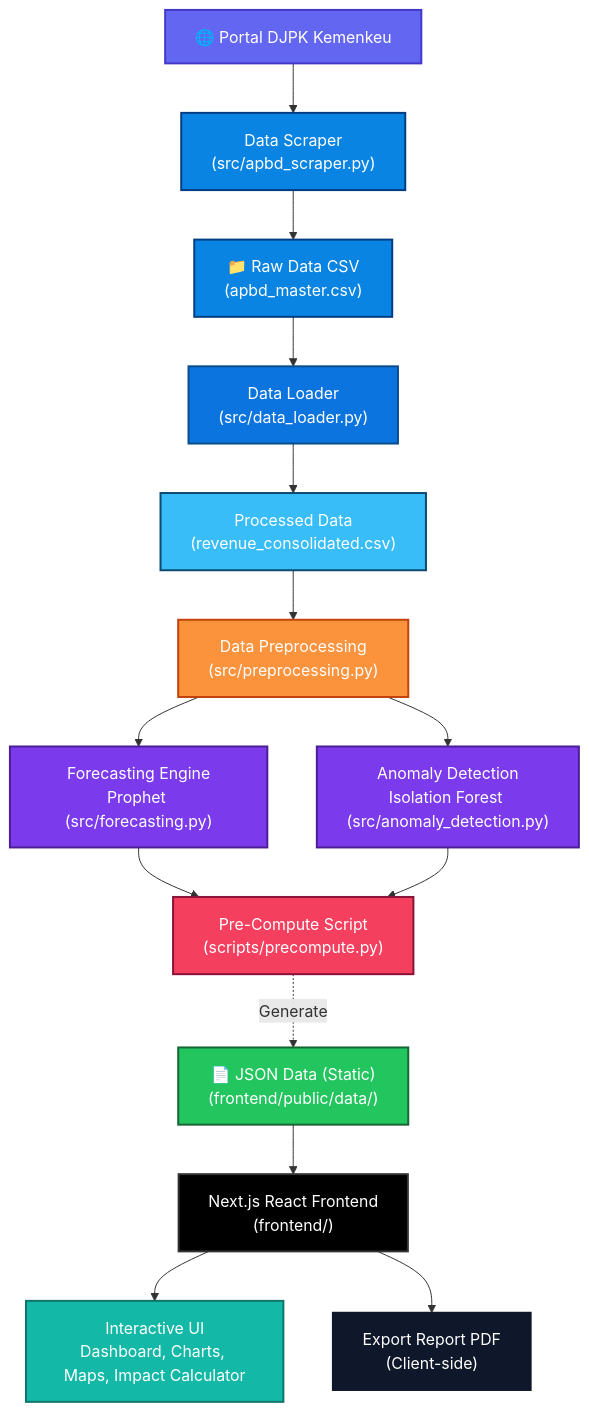
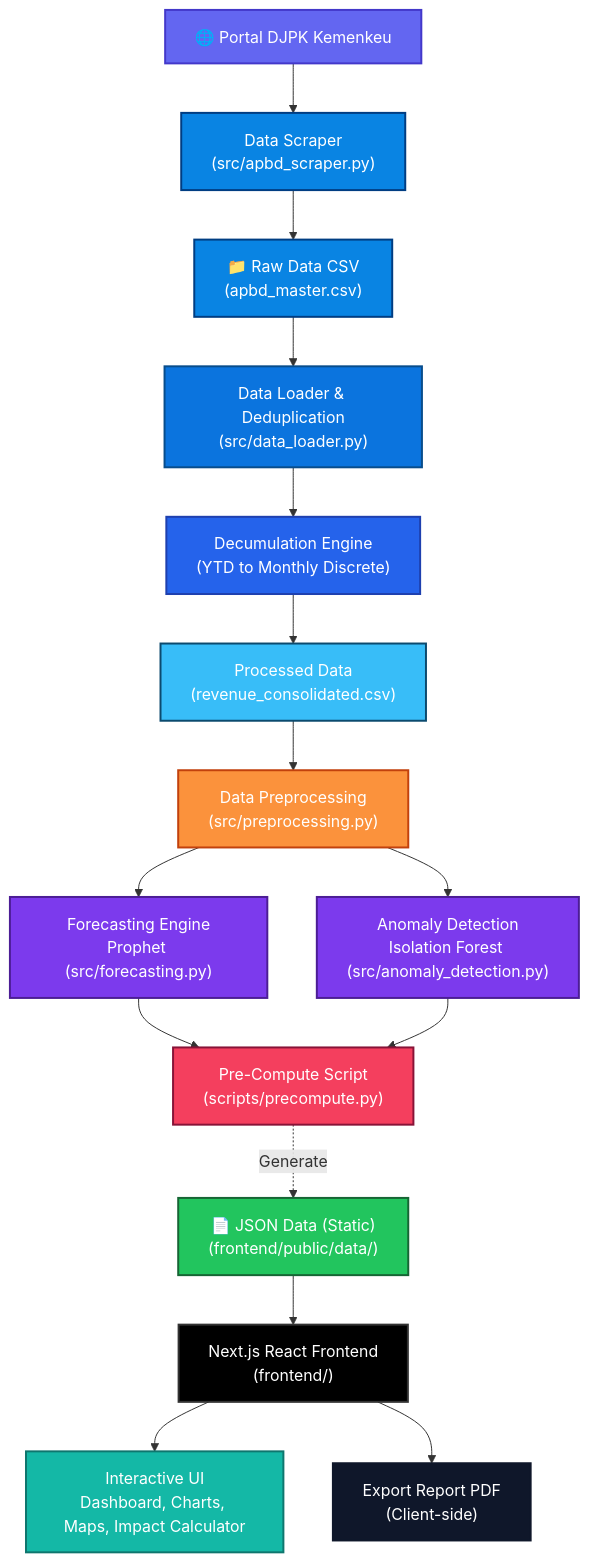
One commit to KwikAndreas/revdadas changed the first of 3 diagrams in README.MD. Above: the diagram before and after it, drawn with Mermaid. The commit also changed other lines of this file and 22 other files, not shown here.

````diff
--- a/README.MD
+++ b/README.MD
@@ -54,33 +54,36 @@
 ```mermaid
 graph TD
     Z["🌐 Portal DJPK Kemenkeu"] --> S["Data Scraper\n(src/apbd_scraper.py)"]
     S --> A["📁 Raw Data CSV\n(apbd_master.csv)"]
-    A --> B["Data Loader\n(src/data_loader.py)"]
-    B --> C["Processed Data\n(revenue_consolidated.csv)"]
+    A --> B["Data Loader & Deduplication\n(src/data_loader.py)"]
+    B --> B2["Decumulation Engine\n(YTD to Monthly Discrete)"]
+    B2 --> C["Processed Data\n(revenue_consolidated.csv)"]
     C --> D["Data Preprocessing\n(src/preprocessing.py)"]
+
     
     D --> E["Forecasting Engine\nProphet (src/forecasting.py)"]
     D --> F["Anomaly Detection\nIsolation Forest (src/anomaly_detection.py)"]
 
     E & F --> G["Pre-Compute Script\n(scripts/precompute.py)"]
     
     G -.->|Generate| H["📄 JSON Data (Static)\n(frontend/public/data/)"]
 
     H --> I["Next.js React Frontend\n(frontend/)"]
     I --> J["Interactive UI\nDashboard, Charts, Maps, Impact Calculator"]
     I --> K["Export Report PDF\n(Client-side)"]
 
     style Z fill:#6366f1,stroke:#4338ca,stroke-width:2px,color:#fff
     style S fill:#0984e3,stroke:#003d82,stroke-width:2px,color:#fff
     style A fill:#0984e3,stroke:#003d82,stroke-width:2px,color:#fff
     style B fill:#0b74de,stroke:#084d8c,stroke-width:2px,color:#fff
+    style B2 fill:#2563eb,stroke:#1e40af,stroke-width:2px,color:#fff
     style C fill:#38bdf8,stroke:#0c4a6e,stroke-width:2px,color:#fff
     style D fill:#fb923c,stroke:#c2410c,stroke-width:2px,color:#fff
     style E fill:#7c3aed,stroke:#4c1d95,stroke-width:2px,color:#fff
     style F fill:#7c3aed,stroke:#4c1d95,stroke-width:2px,color:#fff
     style G fill:#f43f5e,stroke:#881337,stroke-width:2px,color:#fff
     style H fill:#22c55e,stroke:#166534,stroke-width:2px,color:#fff
     style I fill:#000000,stroke:#333333,stroke-width:2px,color:#fff
     style J fill:#14b8a6,stroke:#0f766e,stroke-width:2px,color:#fff
     style K fill:#0f172a,stroke:#0f172a,stroke-width:2px,color:#fff
 ```
````
